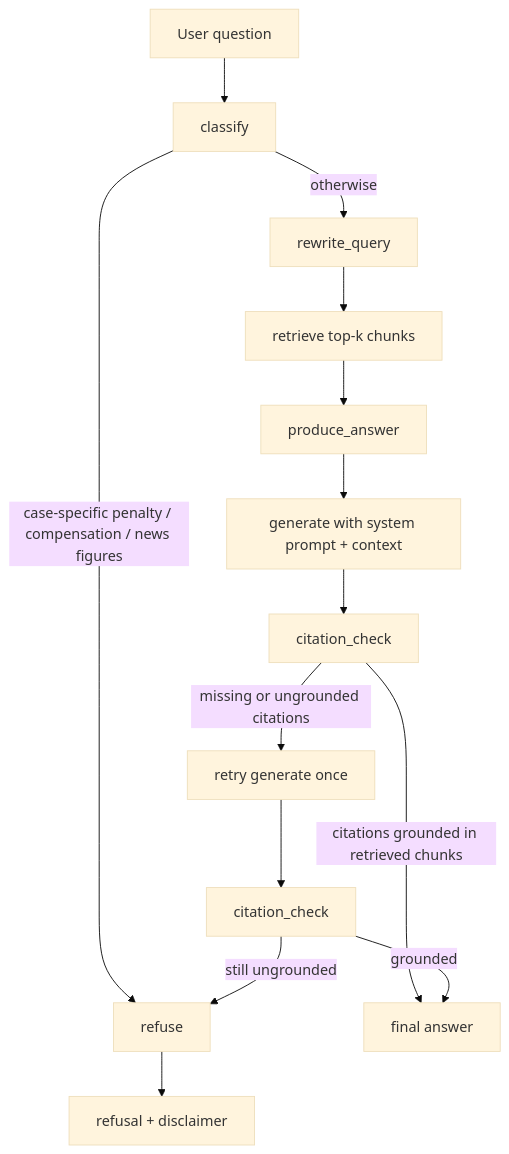
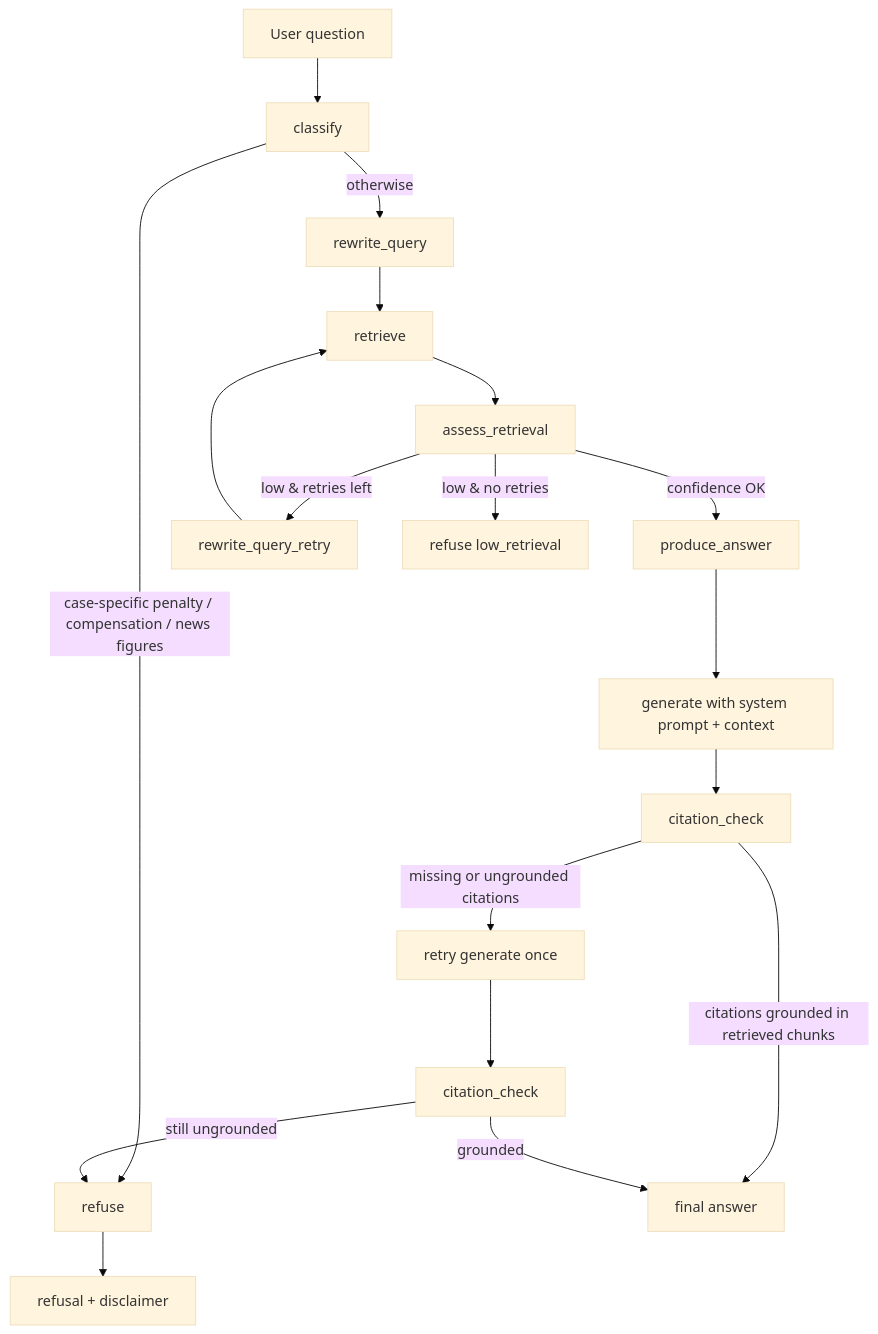
One commit to poirotw66/fin-rag changed the diagram in README.md. Above: the diagram before and after it, drawn with Mermaid (base theme). The commit also changed other lines of this file and 13 other files, not shown here.

First line of the commit message:
feat: implement retrieval confidence assessment and retry mechanism

````diff
--- a/README.md
+++ b/README.md
@@ -124,16 +124,20 @@
 ```mermaid
 flowchart TD
     Q[User question] --> C[classify]
     C -->|case-specific penalty / compensation / news figures| R[refuse]
     C -->|otherwise| RQ[rewrite_query]
-    RQ --> RET[retrieve top-k chunks]
-    RET --> PA[produce_answer]
+    RQ --> RET[retrieve]
+    RET --> AR[assess_retrieval]
+    AR -->|confidence OK| PA[produce_answer]
+    AR -->|low & retries left| RQR[rewrite_query_retry]
+    RQR --> RET
+    AR -->|low & no retries| RL[refuse low_retrieval]
     PA --> G[generate with system prompt + context]
     G --> CH[citation_check]
     CH -->|citations grounded in retrieved chunks| OUT[final answer]
     CH -->|missing or ungrounded citations| RETRY[retry generate once]
     RETRY --> CH2[citation_check]
     CH2 -->|grounded| OUT
     CH2 -->|still ungrounded| R
     R --> REF[refusal + disclaimer]
 ```
````
